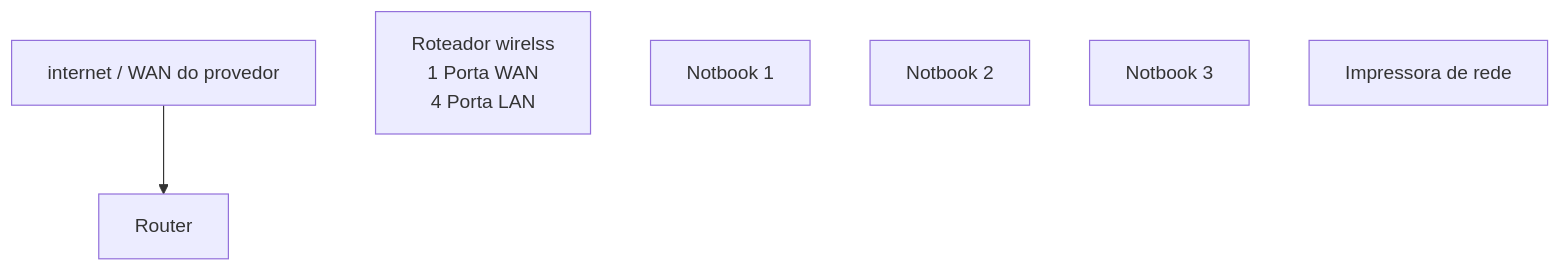
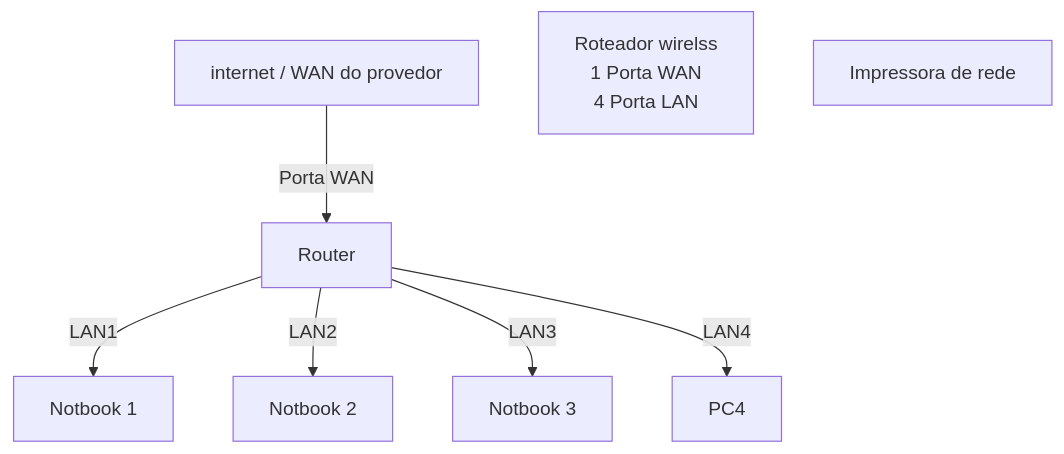
The diagram in README.md (ryan0f0lima32/-lab-redes-01), drawn with Mermaid before and after one commit.

````diff
--- a/README.md
+++ b/README.md
@@ -35,15 +35,20 @@
  ```mermaid 
 graph TD
 
 WAN[internet / WAN do provedor]
 
 Roteador[Roteador wirelss<br>1 Porta WAN<br>4 Porta LAN]
 
 PC1[Notbook 1]
 PC2[Notbook 2]
 PC3[Notbook 3]
 
 Printer[Impressora de rede]
 
-WAN --> Router
+WAN --> |Porta WAN| Router
+Router -->|LAN1| PC1
+Router -->|LAN2| PC2
+Router -->|LAN3| PC3
+Router -->|LAN4| PC4
+ 
 ```
````
